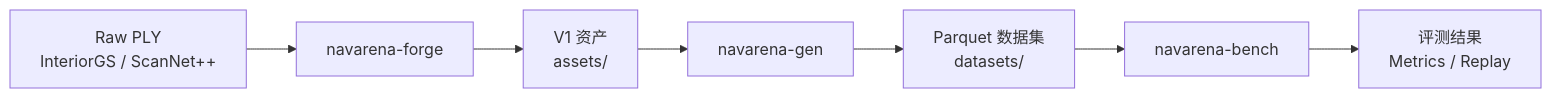
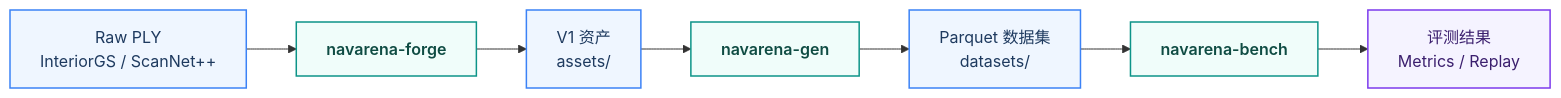
One commit to EI-Nav/NavArena-Doc changed the second of 2 diagrams in docs/zh/concepts/architecture.md. Above: the diagram before and after it, drawn with Mermaid. The commit also changed other lines of this file and 7 other files, not shown here.

````diff
--- a/docs/zh/concepts/architecture.md
+++ b/docs/zh/concepts/architecture.md
@@ -49,9 +54,13 @@
 ```mermaid
 flowchart LR
-    A["Raw PLY\nInteriorGS / ScanNet++"] --> B[navarena-forge]
-    B --> C["V1 资产\nassets/"]
-    C --> D[navarena-gen]
-    D --> E["Parquet 数据集\ndatasets/"]
-    E --> F[navarena-bench]
-    F --> G["评测结果\nMetrics / Replay"]
+    classDef data    fill:#EFF6FF,stroke:#3B82F6,stroke-width:1.5px,color:#1E3A5F
+    classDef module  fill:#F0FDFA,stroke:#0D9488,stroke-width:1.5px,color:#0F4C43,font-weight:600
+    classDef output  fill:#F5F3FF,stroke:#7C3AED,stroke-width:1.5px,color:#3B1F6E
+
+    A["Raw PLY\nInteriorGS / ScanNet++"]:::data --> B[navarena-forge]:::module
+    B --> C["V1 资产\nassets/"]:::data
+    C --> D[navarena-gen]:::module
+    D --> E["Parquet 数据集\ndatasets/"]:::data
+    E --> F[navarena-bench]:::module
+    F --> G["评测结果\nMetrics / Replay"]:::output
 ```
````
